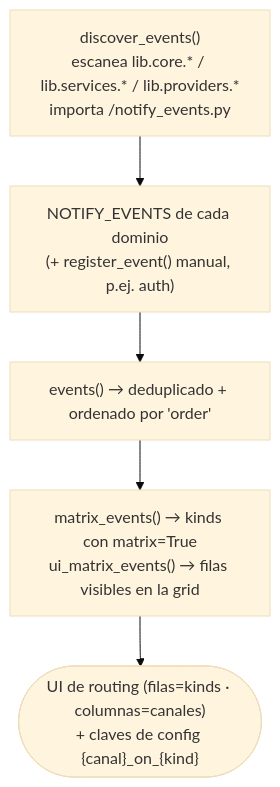
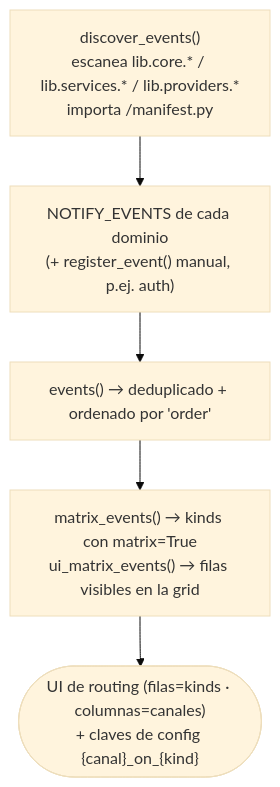
One commit to vsc55/ServiceSentry changed diagram 14 of 14 in docs/explica-descubrimiento.md. Above: the diagram before and after it, drawn with Mermaid (base theme). The commit also changed other lines of this file and 13 other files, not shown here.

````diff
--- a/docs/explica-descubrimiento.md
+++ b/docs/explica-descubrimiento.md
@@ -779,7 +779,7 @@
 ```mermaid
 flowchart TB
-    scan["discover_events()<br/>escanea lib.core.* / lib.services.* / lib.providers.*<br/>importa <dominio>/notify_events.py"] --> decl["NOTIFY_EVENTS de cada dominio<br/>(+ register_event() manual, p.ej. auth)"]
+    scan["discover_events()<br/>escanea lib.core.* / lib.services.* / lib.providers.*<br/>importa <dominio>/manifest.py"] --> decl["NOTIFY_EVENTS de cada dominio<br/>(+ register_event() manual, p.ej. auth)"]
     decl --> merged["events() → deduplicado + ordenado por 'order'"]
     merged --> mtx["matrix_events() → kinds con matrix=True<br/>ui_matrix_events() → filas visibles en la grid"]
     mtx --> grid(["UI de routing (filas=kinds · columnas=canales)<br/>+ claves de config {canal}_on_{kind}"])
 ```
````
